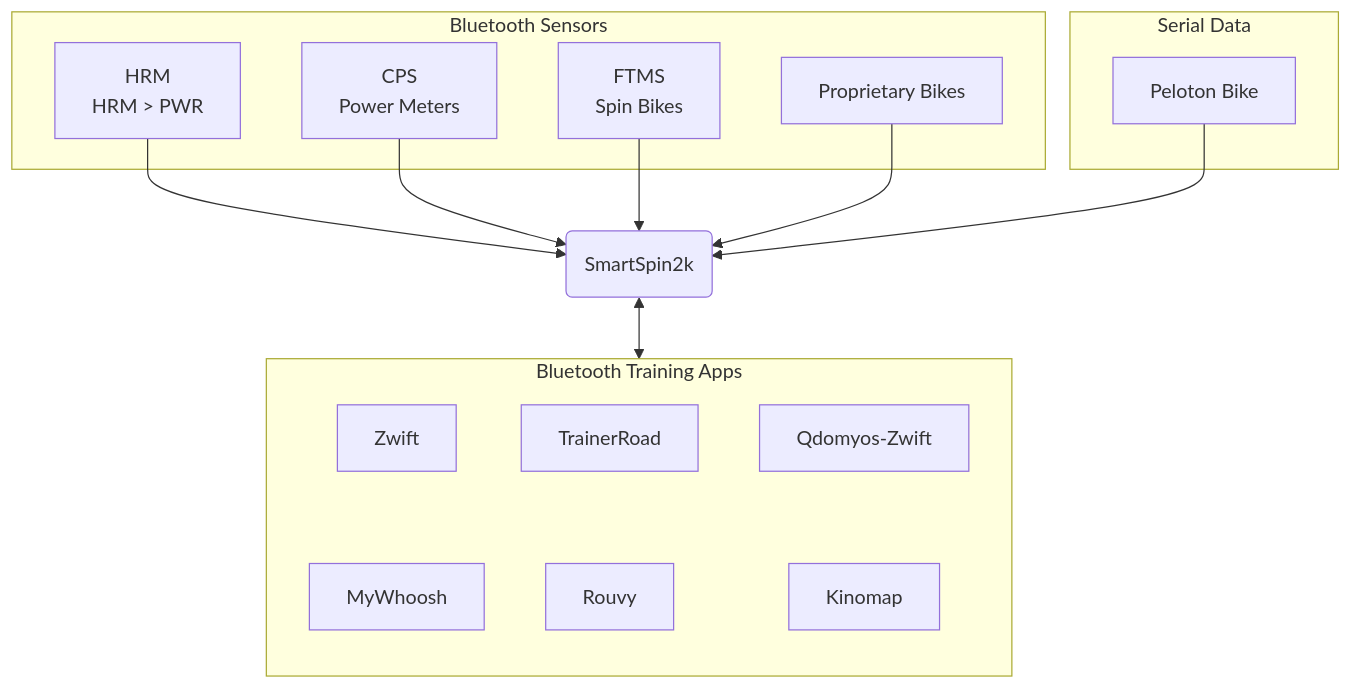
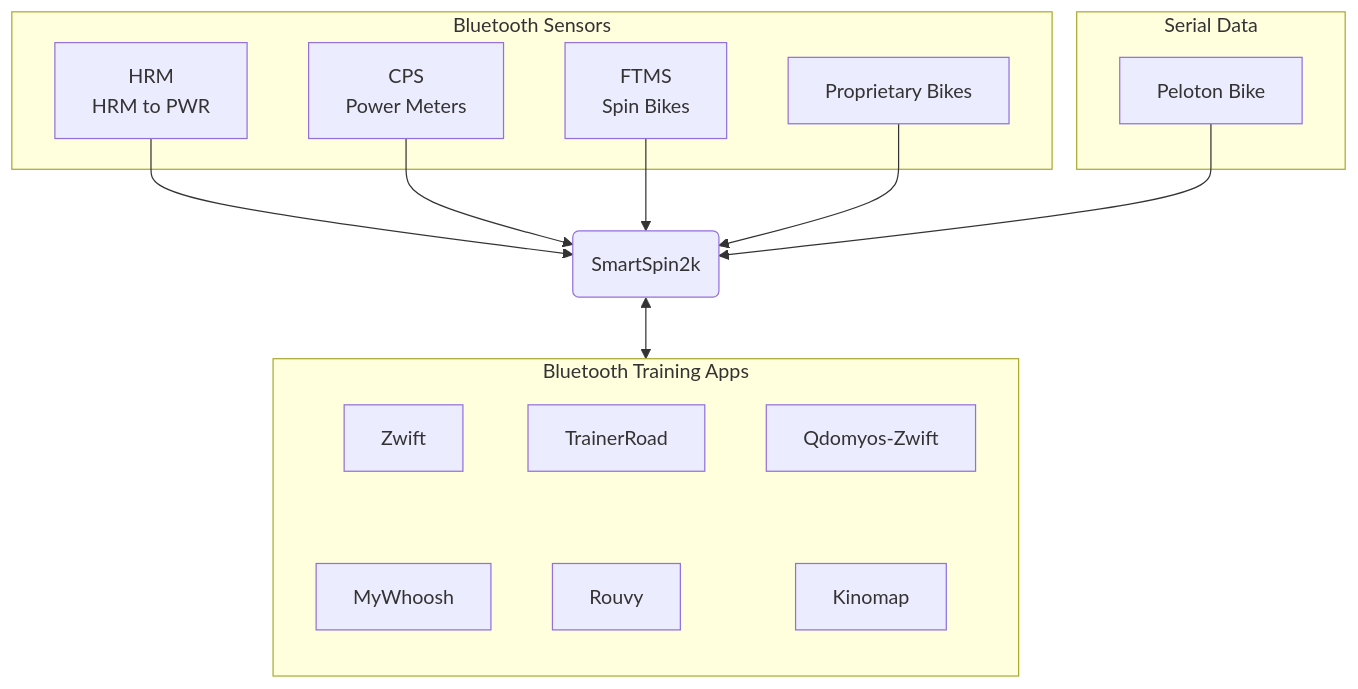
Before and after one commit to SmartSpin2K/SS2K-Documentation: the diagram in about.md, drawn with Mermaid. The commit also changed other lines of this file and 7 other files, not shown here.

````diff
--- a/about.md
+++ b/about.md
@@ -26,22 +26,22 @@
 ```mermaid!
 %%{init: {"flowchart": {"htmlLabels": false}} }%%
 flowchart TD
     subgraph Bluetooth Sensors
-    A[HRM <br>HRM > PWR]
+    A[HRM <br>HRM to PWR]
     B[CPS <br> Power Meters]
     C[FTMS <BR> Spin Bikes]
     D[Proprietary Bikes]
     end
     subgraph Serial Data
     E[Peloton Bike]
     end
     A & B & C & D & E --> F(SmartSpin2k)
     
     subgraph two[Bluetooth Training Apps]
     direction TB
     Zwift ~~~ MyWhoosh
     TrainerRoad ~~~ Rouvy
     Qdomyos-Zwift ~~~ Kinomap
     end 
     F <--> two
 ```
````
